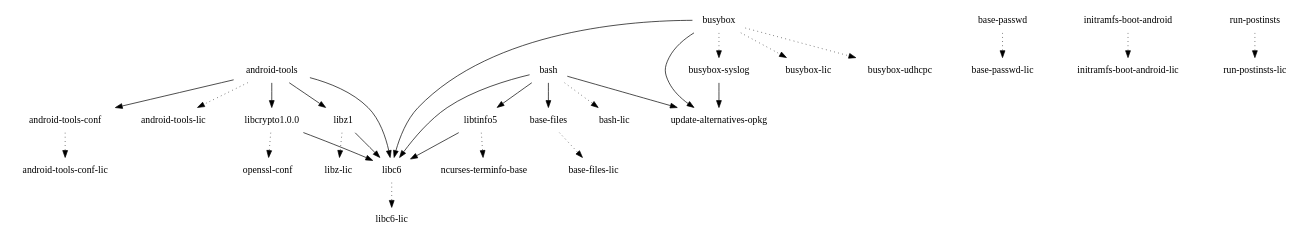
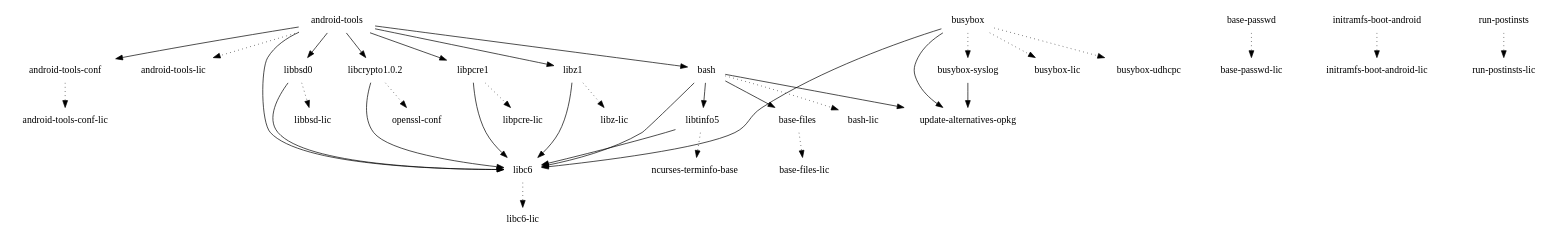
The diagram in images/mako/glibc/initramfs-android-image/depends.dot (webOS-ports/buildhistory), drawn with Graphviz before and after one commit. The commit also changed 589 other files, not shown here.

```diff
--- a/images/mako/glibc/initramfs-android-image/depends.dot
+++ b/images/mako/glibc/initramfs-android-image/depends.dot
@@ -1,31 +1,38 @@
 digraph depends {
     node [shape=plaintext]
-"android-tools" -> "android-tools-conf";
-"android-tools" -> "android-tools-lic" [style=dotted];
-"android-tools" -> "libc6";
-"android-tools" -> "libcrypto1.0.0";
-"android-tools" -> "libz1";
-"android-tools-conf" -> "android-tools-conf-lic" [style=dotted];
-"base-files" -> "base-files-lic" [style=dotted];
-"base-passwd" -> "base-passwd-lic" [style=dotted];
-"bash" -> "base-files";
-"bash" -> "bash-lic" [style=dotted];
-"bash" -> "libc6";
-"bash" -> "libtinfo5";
-"bash" -> "update-alternatives-opkg";
-"busybox" -> "busybox-lic" [style=dotted];
-"busybox" -> "busybox-syslog" [style=dotted];
-"busybox" -> "busybox-udhcpc" [style=dotted];
-"busybox" -> "libc6";
-"busybox" -> "update-alternatives-opkg";
-"busybox-syslog" -> "update-alternatives-opkg";
-"initramfs-boot-android" -> "initramfs-boot-android-lic" [style=dotted];
-"libc6" -> "libc6-lic" [style=dotted];
-"libcrypto1.0.0" -> "libc6";
-"libcrypto1.0.0" -> "openssl-conf" [style=dotted];
-"libtinfo5" -> "libc6";
-"libtinfo5" -> "ncurses-terminfo-base" [style=dotted];
-"libz1" -> "libc6";
-"libz1" -> "libz-lic" [style=dotted];
-"run-postinsts" -> "run-postinsts-lic" [style=dotted];
+"android-tools" -> "android-tools-conf"
+"android-tools" -> "android-tools-lic" [style=dotted]
+"android-tools" -> "bash"
+"android-tools-conf" -> "android-tools-conf-lic" [style=dotted]
+"android-tools" -> "libbsd0"
+"android-tools" -> "libc6"
+"android-tools" -> "libcrypto1.0.2"
+"android-tools" -> "libpcre1"
+"android-tools" -> "libz1"
+"base-files" -> "base-files-lic" [style=dotted]
+"base-passwd" -> "base-passwd-lic" [style=dotted]
+"bash" -> "base-files"
+"bash" -> "bash-lic" [style=dotted]
+"bash" -> "libc6"
+"bash" -> "libtinfo5"
+"bash" -> "update-alternatives-opkg"
+"busybox" -> "busybox-lic" [style=dotted]
+"busybox" -> "busybox-syslog" [style=dotted]
+"busybox" -> "busybox-udhcpc" [style=dotted]
+"busybox" -> "libc6"
+"busybox-syslog" -> "update-alternatives-opkg"
+"busybox" -> "update-alternatives-opkg"
+"initramfs-boot-android" -> "initramfs-boot-android-lic" [style=dotted]
+"libbsd0" -> "libbsd-lic" [style=dotted]
+"libbsd0" -> "libc6"
+"libc6" -> "libc6-lic" [style=dotted]
+"libcrypto1.0.2" -> "libc6"
+"libcrypto1.0.2" -> "openssl-conf" [style=dotted]
+"libpcre1" -> "libc6"
+"libpcre1" -> "libpcre-lic" [style=dotted]
+"libtinfo5" -> "libc6"
+"libtinfo5" -> "ncurses-terminfo-base" [style=dotted]
+"libz1" -> "libc6"
+"libz1" -> "libz-lic" [style=dotted]
+"run-postinsts" -> "run-postinsts-lic" [style=dotted]
 }
```
